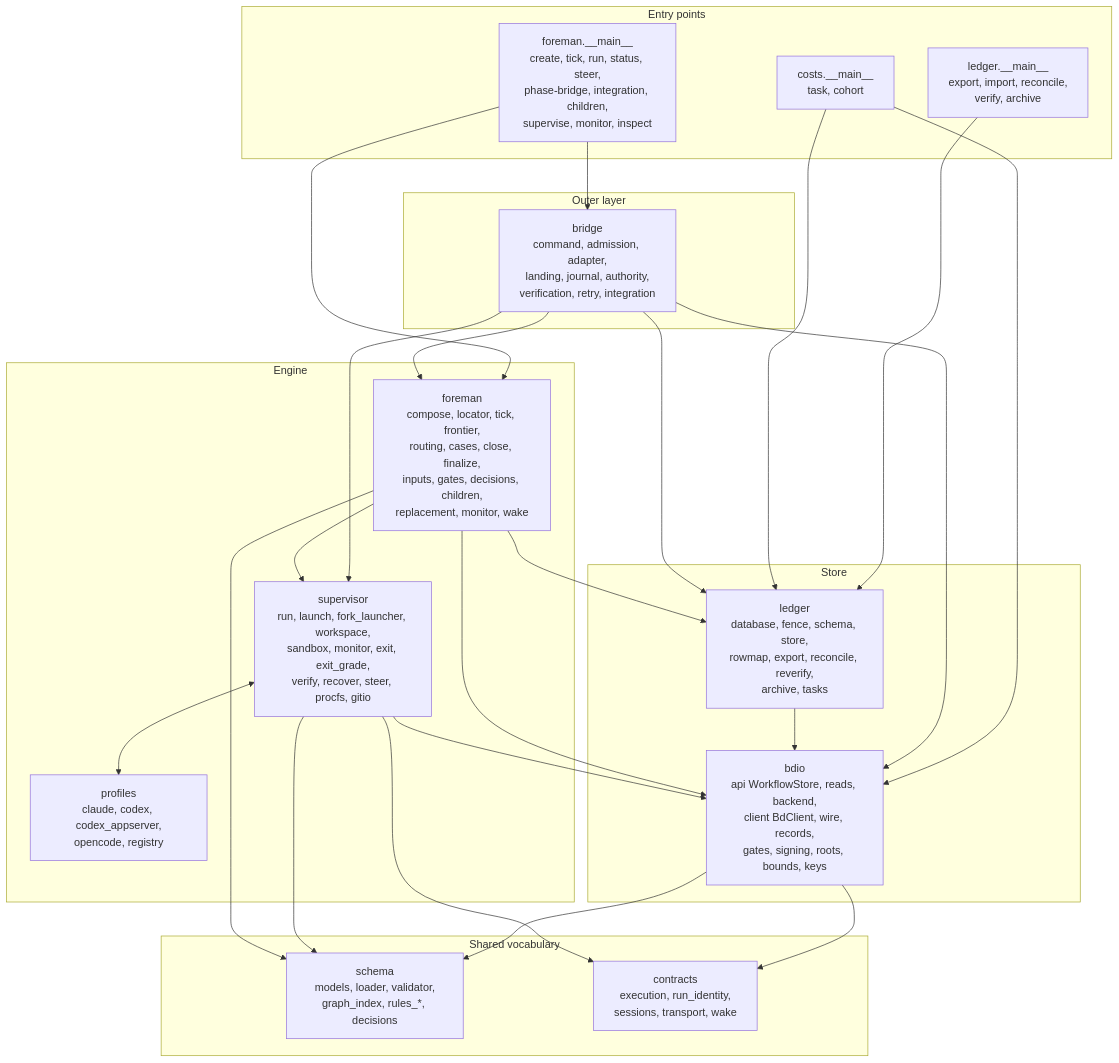
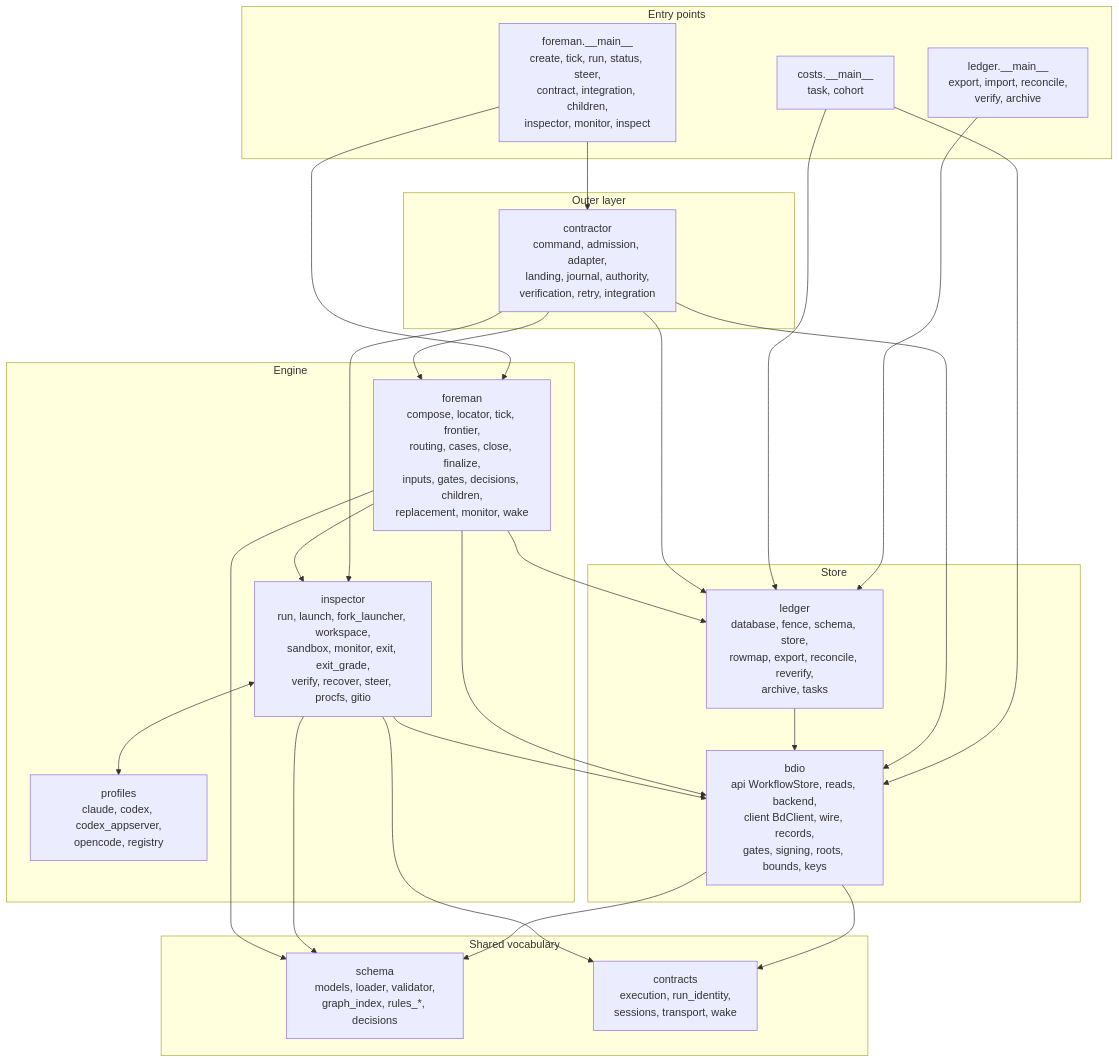
The fourth of 46 diagrams in docs/workflow-interpreter-guide/diagrams.md (MVPavan/coding-ritual), drawn with Mermaid before and after one commit. The commit also changed other lines of this file and 361 other files, not shown here.

````diff
--- a/docs/workflow-interpreter-guide/diagrams.md
+++ b/docs/workflow-interpreter-guide/diagrams.md
@@ -193,44 +193,44 @@
 ```mermaid
 flowchart TB
   subgraph ENTRY["Entry points"]
-    FMAIN["foreman.__main__<br/>create, tick, run, status, steer,<br/>phase-bridge, integration, children,<br/>supervise, monitor, inspect"]
+    FMAIN["foreman.__main__<br/>create, tick, run, status, steer,<br/>contract, integration, children,<br/>inspector, monitor, inspect"]
     LMAIN["ledger.__main__<br/>export, import, reconcile,<br/>verify, archive"]
     CMAIN["costs.__main__<br/>task, cohort"]
   end
   subgraph OUTER["Outer layer"]
-    BRIDGE["bridge<br/>command, admission, adapter,<br/>landing, journal, authority,<br/>verification, retry, integration"]
+    CONTRACTOR["contractor<br/>command, admission, adapter,<br/>landing, journal, authority,<br/>verification, retry, integration"]
   end
   subgraph ENGINE["Engine"]
     FOREMAN["foreman<br/>compose, locator, tick, frontier,<br/>routing, cases, close, finalize,<br/>inputs, gates, decisions, children,<br/>replacement, monitor, wake"]
-    SUPERVISOR["supervisor<br/>run, launch, fork_launcher, workspace,<br/>sandbox, monitor, exit, exit_grade,<br/>verify, recover, steer, procfs, gitio"]
+    INSPECTOR["inspector<br/>run, launch, fork_launcher, workspace,<br/>sandbox, monitor, exit, exit_grade,<br/>verify, recover, steer, procfs, gitio"]
     PROFILES["profiles<br/>claude, codex, codex_appserver,<br/>opencode, registry"]
   end
   subgraph STORE["Store"]
     BDIO["bdio<br/>api WorkflowStore, reads, backend,<br/>client BdClient, wire, records,<br/>gates, signing, roots, bounds, keys"]
     LEDGER["ledger<br/>database, fence, schema, store,<br/>rowmap, export, reconcile, reverify,<br/>archive, tasks"]
   end
   subgraph SHARED["Shared vocabulary"]
     SCHEMA["schema<br/>models, loader, validator,<br/>graph_index, rules_*, decisions"]
     CONTRACTS["contracts<br/>execution, run_identity,<br/>sessions, transport, wake"]
   end
-  FMAIN --> BRIDGE
+  FMAIN --> CONTRACTOR
   FMAIN --> FOREMAN
   LMAIN --> LEDGER
   CMAIN --> BDIO
   CMAIN --> LEDGER
-  BRIDGE --> FOREMAN
-  BRIDGE --> BDIO
-  BRIDGE --> LEDGER
-  BRIDGE --> SUPERVISOR
-  FOREMAN --> SUPERVISOR
+  CONTRACTOR --> FOREMAN
+  CONTRACTOR --> BDIO
+  CONTRACTOR --> LEDGER
+  CONTRACTOR --> INSPECTOR
+  FOREMAN --> INSPECTOR
   FOREMAN --> BDIO
   FOREMAN --> LEDGER
-  SUPERVISOR <--> PROFILES
-  SUPERVISOR --> BDIO
+  INSPECTOR <--> PROFILES
+  INSPECTOR --> BDIO
   LEDGER --> BDIO
   BDIO --> SCHEMA
   BDIO --> CONTRACTS
-  SUPERVISOR --> SCHEMA
-  SUPERVISOR --> CONTRACTS
+  INSPECTOR --> SCHEMA
+  INSPECTOR --> CONTRACTS
   FOREMAN --> SCHEMA
 ```
````
